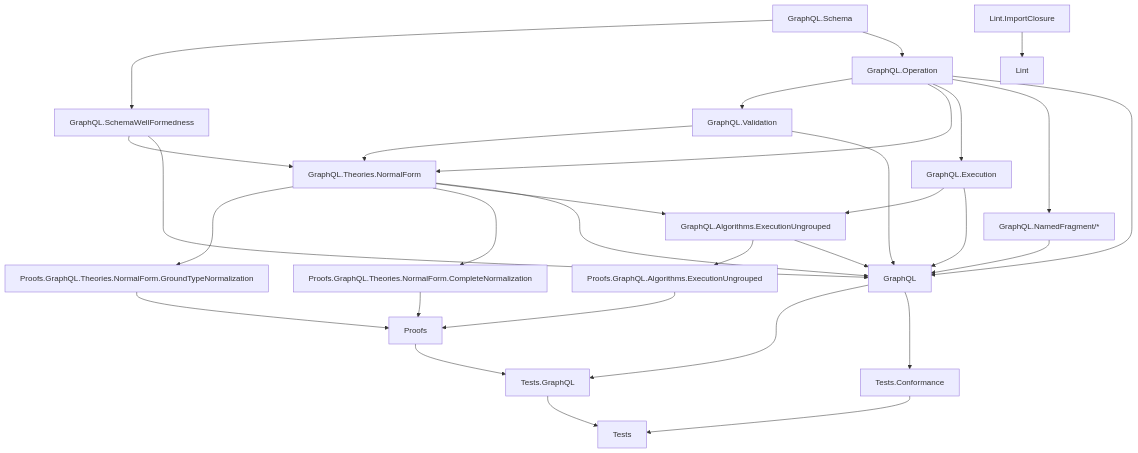
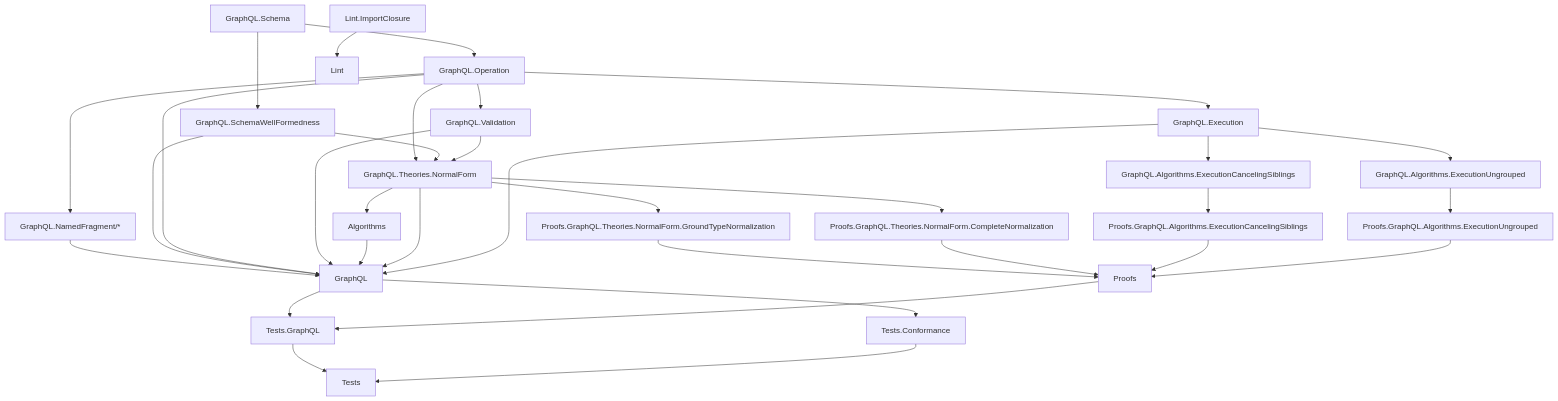
Before and after one commit to duckki/graphql-lean: the diagram in docs/overview.md, drawn with Mermaid. The commit also changed other lines of this file and 55 other files, not shown here.

First line of the commit message:
Add sibling-canceling spec execution

````diff
--- a/docs/overview.md
+++ b/docs/overview.md
@@ -28,52 +28,57 @@
 ```mermaid
 flowchart TD
   Schema["GraphQL.Schema"]
   SchemaWF["GraphQL.SchemaWellFormedness"]
   Operation["GraphQL.Operation"]
   Validation["GraphQL.Validation"]
   NormalForm["GraphQL.Theories.NormalForm"]
   NormalFormGround["Proofs.GraphQL.Theories.NormalForm.GroundTypeNormalization"]
   CompleteNormalization["Proofs.GraphQL.Theories.NormalForm.CompleteNormalization"]
   Execution["GraphQL.Execution"]
   NamedFragment["GraphQL.NamedFragment/*"]
-  Algorithms["GraphQL.Algorithms.ExecutionUngrouped"]
-  ProofAlgorithms["Proofs.GraphQL.Algorithms.ExecutionUngrouped"]
+  Canceling["GraphQL.Algorithms.ExecutionCancelingSiblings"]
+  ProofCanceling["Proofs.GraphQL.Algorithms.ExecutionCancelingSiblings"]
+  Ungrouped["GraphQL.Algorithms.ExecutionUngrouped"]
+  ProofUngrouped["Proofs.GraphQL.Algorithms.ExecutionUngrouped"]
   GraphQLRoot["GraphQL"]
   ProofRoot["Proofs"]
   TestsGraphQL["Tests.GraphQL"]
   TestsConformance["Tests.Conformance"]
   TestsRoot["Tests"]
   ImportClosure["Lint.ImportClosure"]
   LintRoot["Lint"]
 
   Schema --> SchemaWF
   Schema --> Operation
   Operation --> Validation
   Operation --> NormalForm
   Operation --> Execution
   Operation --> NamedFragment
   SchemaWF --> NormalForm
   Validation --> NormalForm
   NormalForm --> NormalFormGround
   NormalForm --> CompleteNormalization
-  Execution --> Algorithms
+  Execution --> Canceling
+  Execution --> Ungrouped
   NamedFragment --> GraphQLRoot
   NormalForm --> Algorithms
   NormalFormGround --> ProofRoot
   CompleteNormalization --> ProofRoot
-  Algorithms --> ProofAlgorithms
-  ProofAlgorithms --> ProofRoot
+  Canceling --> ProofCanceling
+  ProofCanceling --> ProofRoot
+  Ungrouped --> ProofUngrouped
+  ProofUngrouped --> ProofRoot
 
   SchemaWF --> GraphQLRoot
   Operation --> GraphQLRoot
   Validation --> GraphQLRoot
   Algorithms --> GraphQLRoot
   NormalForm --> GraphQLRoot
   Execution --> GraphQLRoot
   GraphQLRoot --> TestsGraphQL
   ProofRoot --> TestsGraphQL
   GraphQLRoot --> TestsConformance
   TestsGraphQL --> TestsRoot
   TestsConformance --> TestsRoot
   ImportClosure --> LintRoot
 ```
````
